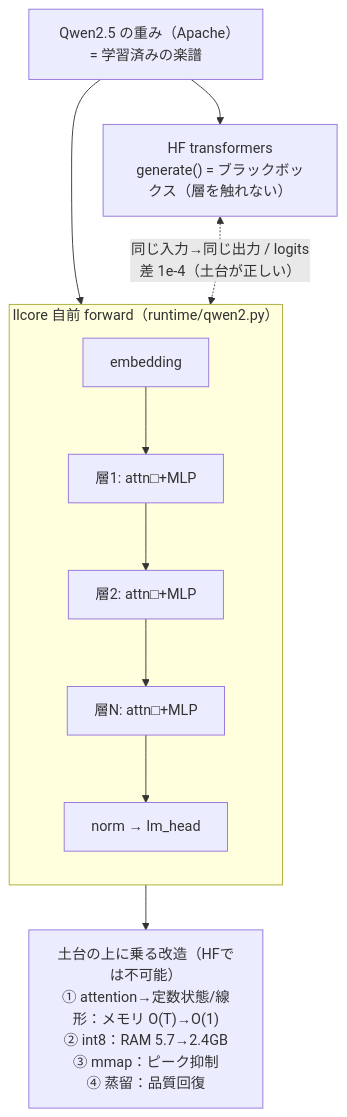
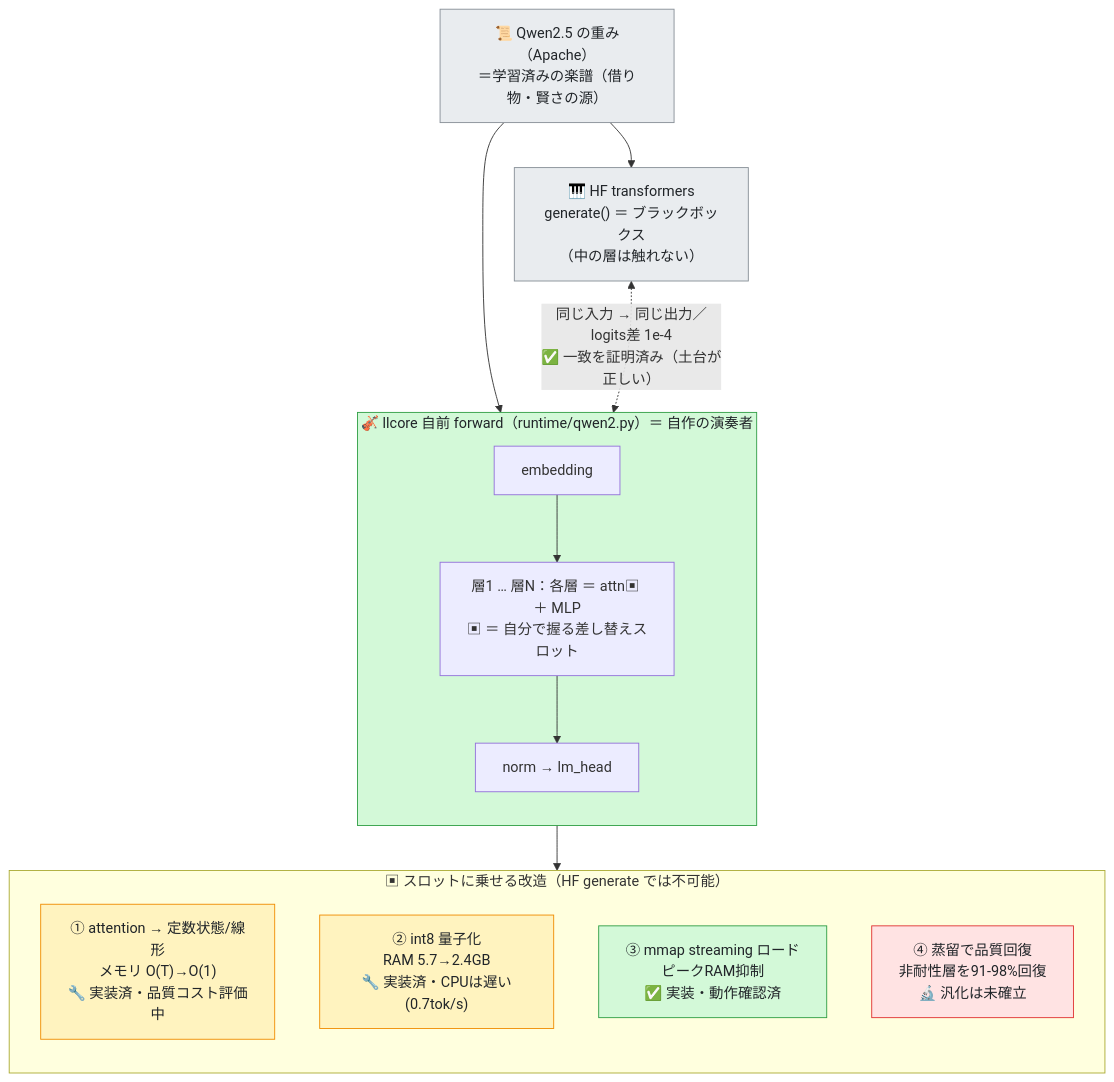
Before and after one commit to furuse-kazufumi/fullsense: the diagram in docs/articles/drafts/QIITA_#43_honest_proxy_ja.md, drawn with Mermaid. The commit also changed other lines of this file, not shown here.

Commit message:
auto: QIITA_#43_honest_proxy_ja.md 編集前 (2026-06-27 02:04)

````diff
--- a/docs/articles/drafts/QIITA_#43_honest_proxy_ja.md
+++ b/docs/articles/drafts/QIITA_#43_honest_proxy_ja.md
@@ -467,13 +467,28 @@
 ```mermaid
 flowchart TB
-    W["Qwen2.5 の重み（Apache）= 学習済みの楽譜"]
+    W["📜 Qwen2.5 の重み（Apache）<br/>＝学習済みの楽譜（借り物・賢さの源）"]
     W --> HF
     W --> NAT
-    HF["HF transformers<br/>generate() = ブラックボックス（層を触れない）"]
-    subgraph NAT["llcore 自前 forward（runtime/qwen2.py）"]
+    HF["🎹 HF transformers<br/>generate() ＝ ブラックボックス<br/>（中の層は触れない）"]
+    subgraph NAT["🎻 llcore 自前 forward（runtime/qwen2.py）＝ 自作の演奏者"]
         direction TB
-        E["embedding"] --> A1["層1: attn□+MLP"] --> A2["層2: attn□+MLP"] --> AN["層N: attn□+MLP"] --> O["norm → lm_head"]
+        E["embedding"] --> LY["層1 … 層N：各層 ＝ attn▣ ＋ MLP<br/>▣ ＝ 自分で握る差し替えスロット"] --> O["norm → lm_head"]
     end
-    HF <-.->|"同じ入力→同じ出力 / logits差 1e-4（土台が正しい）"| NAT
-    NAT --> MOD["土台の上に乗る改造（HFでは不可能）<br/>① attention→定数状態/線形：メモリ O(T)→O(1)<br/>② int8：RAM 5.7→2.4GB<br/>③ mmap：ピーク抑制<br/>④ 蒸留：品質回復"]
+    HF <-.->|"同じ入力 → 同じ出力／logits差 1e-4<br/>✅ 一致を証明済み（土台が正しい）"| NAT
+    NAT --> MOD
+    subgraph MOD["▣ スロットに乗せる改造（HF generate では不可能）"]
+        direction TB
+        M1["① attention → 定数状態/線形<br/>メモリ O(T)→O(1)<br/>🔧 実装済・品質コスト評価中"]
+        M2["② int8 量子化<br/>RAM 5.7→2.4GB<br/>🔧 実装済・CPUは遅い(0.7tok/s)"]
+        M3["③ mmap streaming ロード<br/>ピークRAM抑制<br/>✅ 実装・動作確認済"]
+        M4["④ 蒸留で品質回復<br/>非耐性層を91-98%回復<br/>🔬 汎化は未確立"]
+    end
+    classDef borrowed fill:#e9ecef,stroke:#868e96,color:#212529
+    classDef done fill:#d3f9d8,stroke:#2f9e44,color:#212529
+    classDef wip fill:#fff3bf,stroke:#f08c00,color:#212529
+    classDef research fill:#ffe3e3,stroke:#e03131,color:#212529
+    class W,HF borrowed
+    class NAT,M3 done
+    class M1,M2 wip
+    class M4 research
 ```
````
